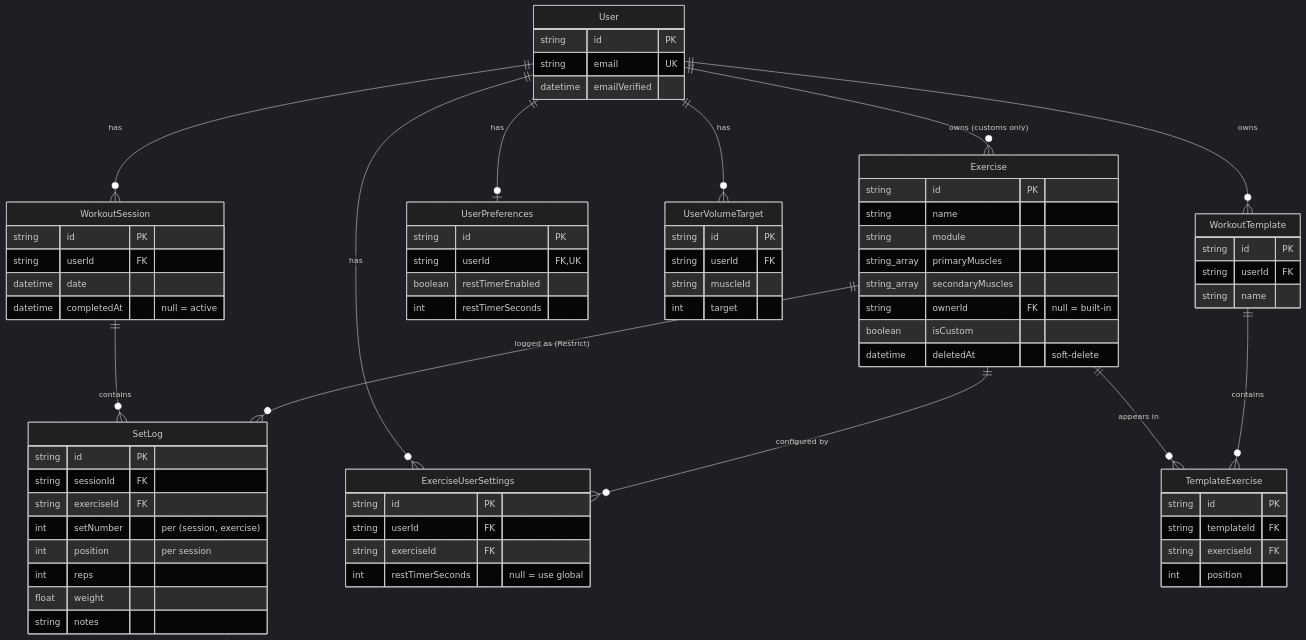
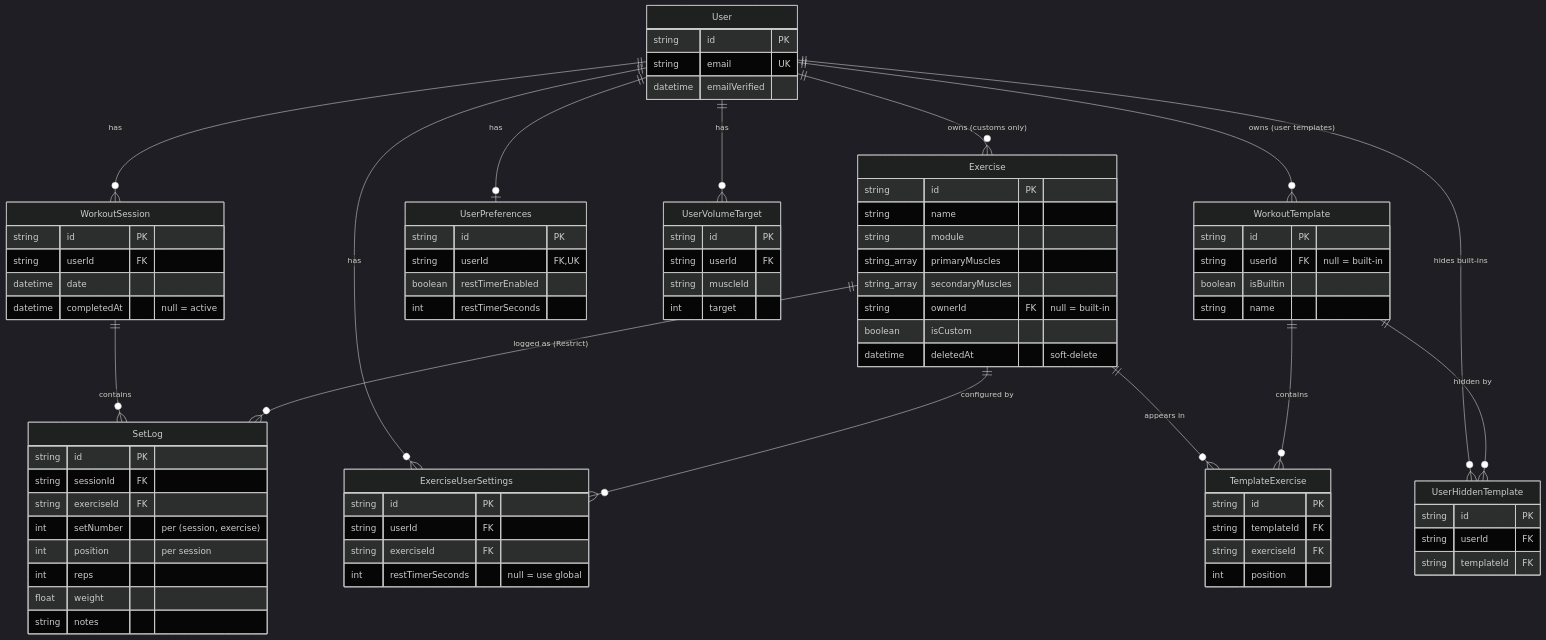
The diagram in docs/data-model.md (lmnophil/better-workout), drawn with Mermaid (dark theme) before and after one commit. The commit also changed other lines of this file and 12 other files, not shown here.

```diff
--- a/docs/data-model.md
+++ b/docs/data-model.md
@@ -25,7 +25,8 @@
     User ||--o| UserPreferences : has
     User ||--o{ UserVolumeTarget : has
     User ||--o{ ExerciseUserSettings : has
-    User ||--o{ WorkoutTemplate : owns
+    User ||--o{ WorkoutTemplate : "owns (user templates)"
+    User ||--o{ UserHiddenTemplate : "hides built-ins"
 
     WorkoutSession ||--o{ SetLog : contains
     Exercise ||--o{ SetLog : "logged as (Restrict)"
@@ -33,6 +34,7 @@
     Exercise ||--o{ TemplateExercise : "appears in"
 
     WorkoutTemplate ||--o{ TemplateExercise : contains
+    WorkoutTemplate ||--o{ UserHiddenTemplate : "hidden by"
 
     User {
         string id PK
@@ -67,8 +69,14 @@
     }
     WorkoutTemplate {
         string id PK
+        string userId FK "null = built-in"
+        boolean isBuiltin
+        string name
+    }
+    UserHiddenTemplate {
+        string id PK
         string userId FK
-        string name
+        string templateId FK
     }
     TemplateExercise {
         string id PK
```
